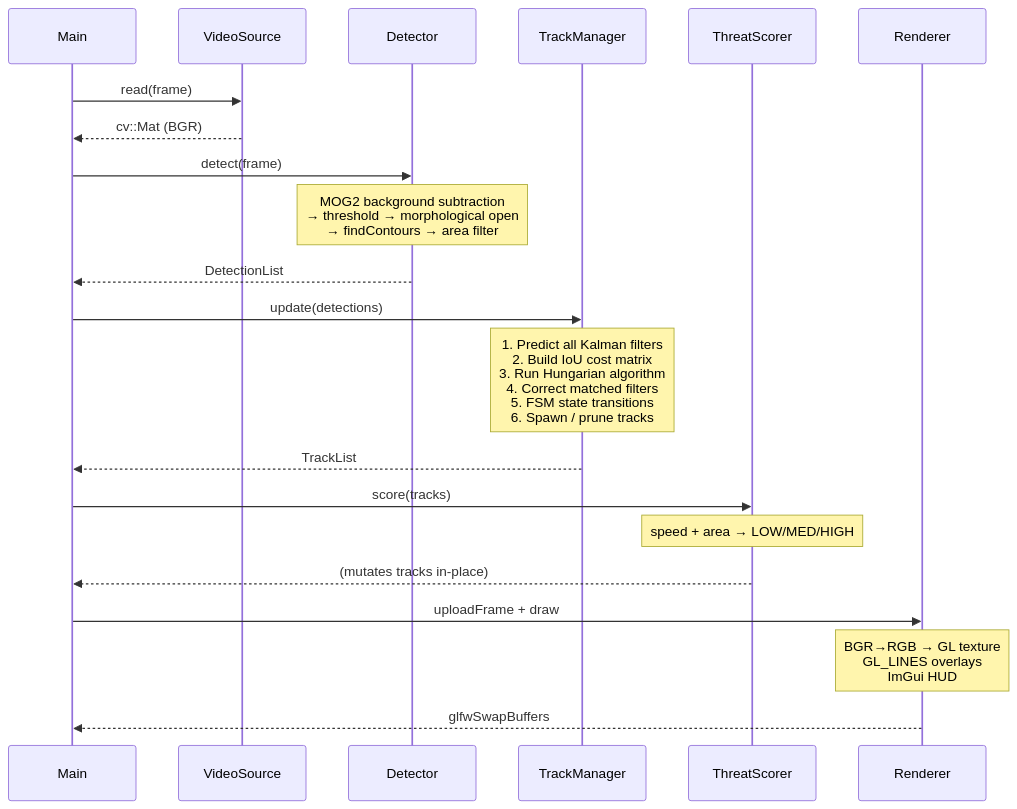
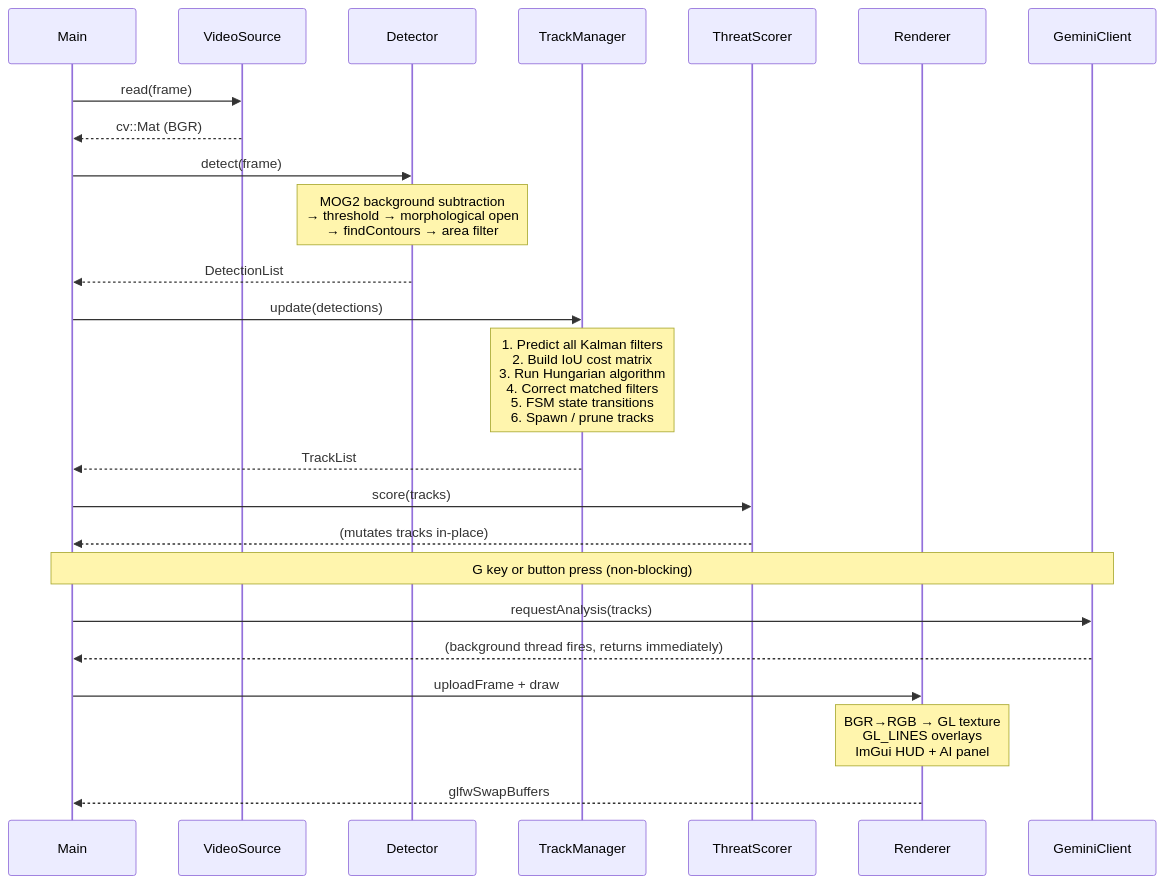
Before and after one commit to nurgumus/multi-target-detection-cv: the second of 8 diagrams in README.md, drawn with Mermaid. The commit also changed other lines of this file, not shown here.

````diff
--- a/README.md
+++ b/README.md
@@ -87,28 +124,32 @@
 ```mermaid
 sequenceDiagram
     participant Main
     participant VideoSource
     participant Detector
     participant TrackManager
     participant ThreatScorer
     participant Renderer
+    participant GeminiClient
 
     Main->>VideoSource: read(frame)
     VideoSource-->>Main: cv::Mat (BGR)
 
     Main->>Detector: detect(frame)
     Note over Detector: MOG2 background subtraction<br/>→ threshold → morphological open<br/>→ findContours → area filter
     Detector-->>Main: DetectionList
 
     Main->>TrackManager: update(detections)
     Note over TrackManager: 1. Predict all Kalman filters<br/>2. Build IoU cost matrix<br/>3. Run Hungarian algorithm<br/>4. Correct matched filters<br/>5. FSM state transitions<br/>6. Spawn / prune tracks
     TrackManager-->>Main: TrackList
 
     Main->>ThreatScorer: score(tracks)
-    Note over ThreatScorer: speed + area → LOW/MED/HIGH
     ThreatScorer-->>Main: (mutates tracks in-place)
 
+    Note over Main,GeminiClient: G key or button press (non-blocking)
+    Main->>GeminiClient: requestAnalysis(tracks)
+    GeminiClient-->>Main: (background thread fires, returns immediately)
+
     Main->>Renderer: uploadFrame + draw
-    Note over Renderer: BGR→RGB → GL texture<br/>GL_LINES overlays<br/>ImGui HUD
+    Note over Renderer: BGR→RGB → GL texture<br/>GL_LINES overlays<br/>ImGui HUD + AI panel
     Renderer-->>Main: glfwSwapBuffers
 ```
````
